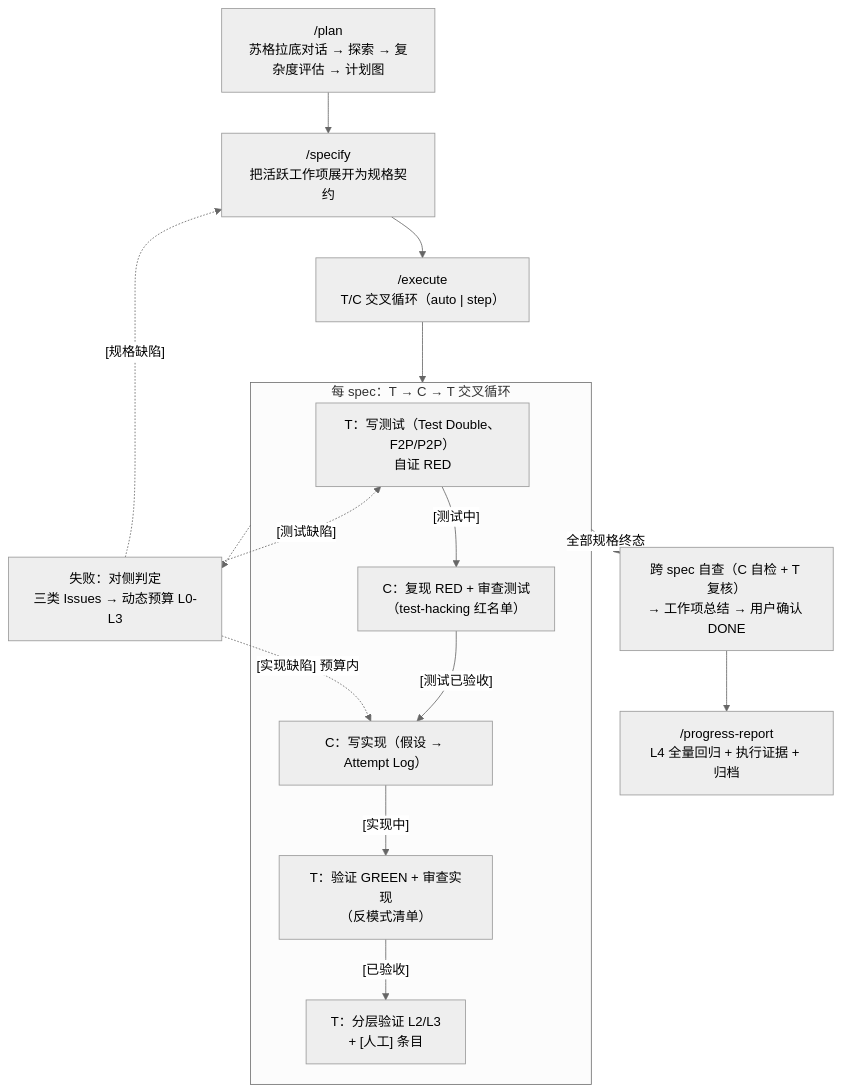
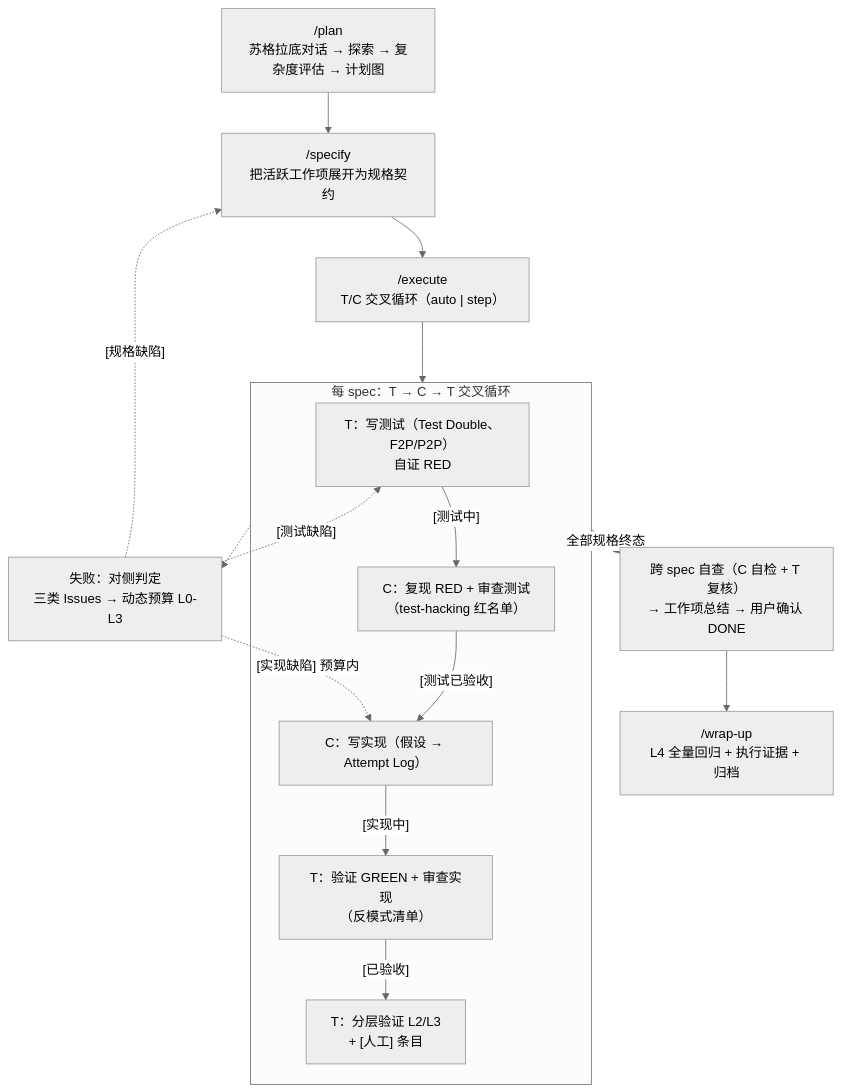
The diagram in README-zh.md (theLittleStone/SpecForge), drawn with Mermaid (neutral theme) before and after one commit. The commit also changed other lines of this file and 6 other files, not shown here.

Commit message:
refactor: rename /progress-report command to /wrap-up

````diff
--- a/README-zh.md
+++ b/README-zh.md
@@ -36,26 +36,26 @@
 ```mermaid
 flowchart TD
     PLAN["/plan<br/>苏格拉底对话 → 探索 → 复杂度评估 → 计划图"]
     PLAN --> SPEC["/specify<br/>把活跃工作项展开为规格契约"]
 
     SPEC --> EXEC["/execute<br/>T/C 交叉循环（auto | step）"]
 
     subgraph LOOP["每 spec：T → C → T 交叉循环"]
         T1["T：写测试（Test Double、F2P/P2P）<br/>自证 RED"]
         T1 -->|"[测试中]"| C1["C：复现 RED + 审查测试<br/>（test-hacking 红名单）"]
         C1 -->|"[测试已验收]"| C2["C：写实现（假设 → Attempt Log）"]
         C2 -->|"[实现中]"| T2["T：验证 GREEN + 审查实现<br/>（反模式清单）"]
         T2 -->|"[已验收]"| L["T：分层验证 L2/L3<br/>+ [人工] 条目"]
     end
 
     EXEC --> LOOP
     LOOP -->|"全部规格终态"| DONE["跨 spec 自查（C 自检 + T 复核）<br/>→ 工作项总结 → 用户确认 DONE"]
 
-    DONE --> REPORT["/progress-report<br/>L4 全量回归 + 执行证据 + 归档"]
+    DONE --> REPORT["/wrap-up<br/>L4 全量回归 + 执行证据 + 归档"]
 
     FAIL["失败：对侧判定<br/>三类 Issues → 动态预算 L0-L3"]
     LOOP -.-> FAIL
     FAIL -.->|"[实现缺陷] 预算内"| C2
     FAIL -.->|"[测试缺陷]"| T1
     FAIL -.->|"[规格缺陷]"| SPEC
 ```
````
